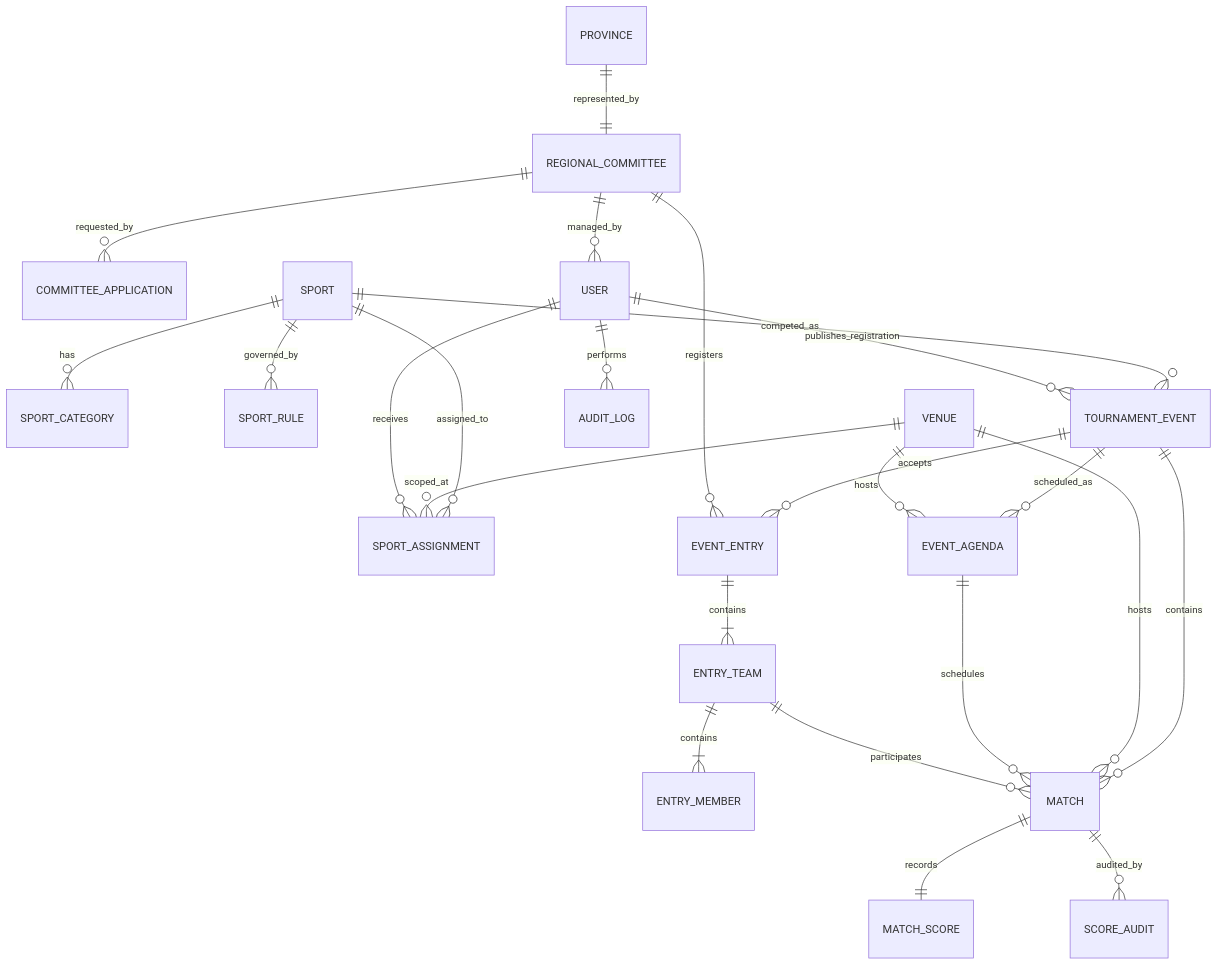
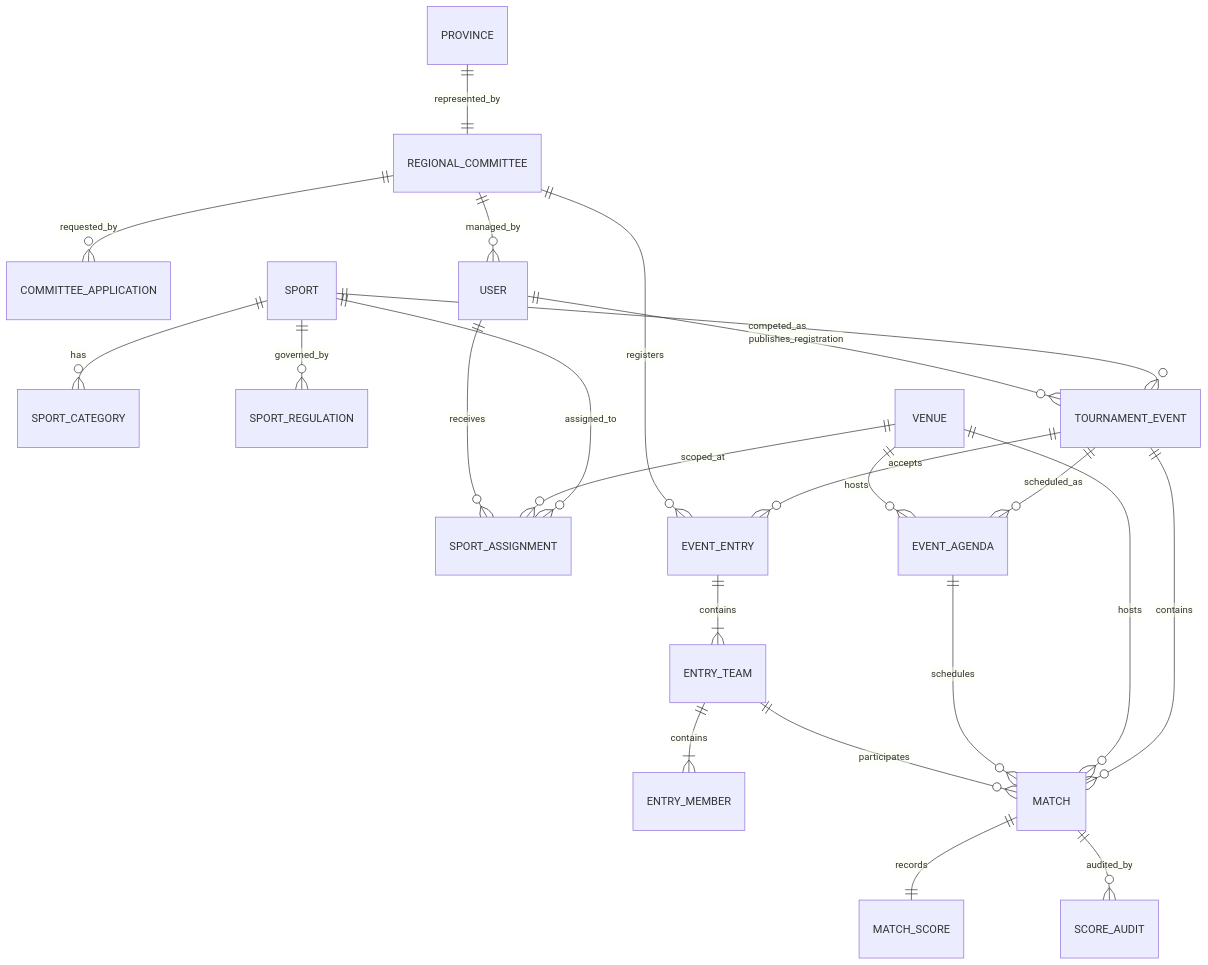
The diagram in docs/02-data/erd.md (henry1224/sport-perpamsi), drawn with Mermaid before and after one commit. The commit also changed other lines of this file and 21 other files, not shown here.

````diff
--- a/docs/02-data/erd.md
+++ b/docs/02-data/erd.md
@@ -3,26 +5,25 @@
 ```mermaid
 erDiagram
     PROVINCE ||--|| REGIONAL_COMMITTEE : represented_by
     REGIONAL_COMMITTEE ||--o{ COMMITTEE_APPLICATION : requested_by
     REGIONAL_COMMITTEE ||--o{ USER : managed_by
     SPORT ||--o{ SPORT_CATEGORY : has
-    SPORT ||--o{ SPORT_RULE : governed_by
+    SPORT ||--o{ SPORT_REGULATION : governed_by
     SPORT ||--o{ TOURNAMENT_EVENT : competed_as
     USER ||--o{ TOURNAMENT_EVENT : publishes_registration
     SPORT ||--o{ SPORT_ASSIGNMENT : assigned_to
     VENUE ||--o{ SPORT_ASSIGNMENT : scoped_at
     USER ||--o{ SPORT_ASSIGNMENT : receives
     TOURNAMENT_EVENT ||--o{ EVENT_ENTRY : accepts
     REGIONAL_COMMITTEE ||--o{ EVENT_ENTRY : registers
     EVENT_ENTRY ||--|{ ENTRY_TEAM : contains
     ENTRY_TEAM ||--|{ ENTRY_MEMBER : contains
     TOURNAMENT_EVENT ||--o{ EVENT_AGENDA : scheduled_as
     VENUE ||--o{ EVENT_AGENDA : hosts
     TOURNAMENT_EVENT ||--o{ MATCH : contains
 VENUE ||--o{ MATCH : hosts
 EVENT_AGENDA ||--o{ MATCH : schedules
     ENTRY_TEAM ||--o{ MATCH : participates
     MATCH ||--|| MATCH_SCORE : records
     MATCH ||--o{ SCORE_AUDIT : audited_by
-    USER ||--o{ AUDIT_LOG : performs
 ```
````
